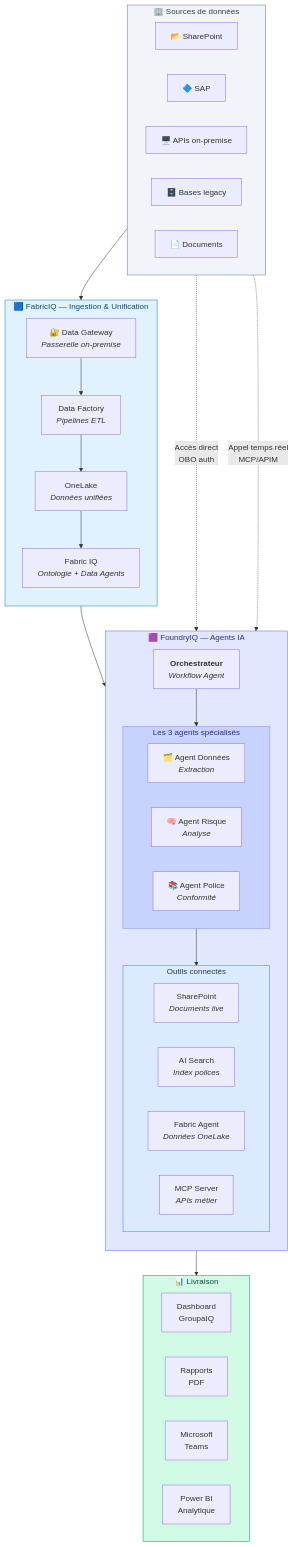
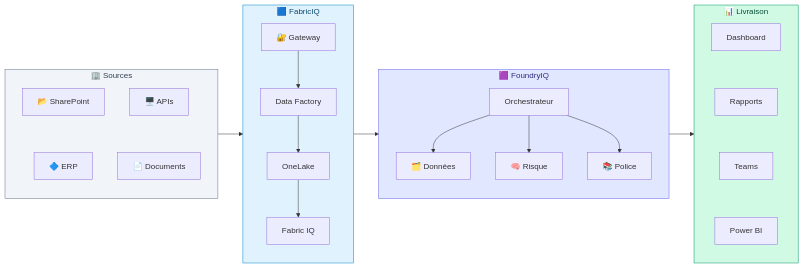
The sixth of 20 diagrams in docs/ARCHITECTURE-AGENTIC-V2-TARGET.md (olivMertens/WorkbenchIQ), drawn with Mermaid before and after one commit. The commit also changed other lines of this file and 6 other files, not shown here.

First line of the commit message:
Architecture docs: hybrid strategy, HITL, FAQ data locality, pipeline detail, PDF generator

````diff
--- a/docs/ARCHITECTURE-AGENTIC-V2-TARGET.md
+++ b/docs/ARCHITECTURE-AGENTIC-V2-TARGET.md
@@ -349,68 +265,21 @@
 ```mermaid
-flowchart TD
-    subgraph SOURCES["🏢 Sources de données"]
-        direction LR
-        S1["📂 SharePoint"]
-        S2["🔷 SAP"]
-        S3["🖥️ APIs on-premise"]
-        S4["🗄️ Bases legacy"]
-        S5["📄 Documents"]
+flowchart LR
+    subgraph SOURCES["🏢 Sources"]
+        S1["📂 SharePoint"] ~~~ S2["🔷 ERP"]
+        S3["🖥️ APIs"] ~~~ S4["📄 Documents"]
     end
-
-    subgraph INGESTION["🟦 FabricIQ — Ingestion & Unification"]
-        direction TB
-        GW["🔐 Data Gateway<br/><i>Passerelle on-premise</i>"]
-        DF["Data Factory<br/><i>Pipelines ETL</i>"]
-        OL["OneLake<br/><i>Données unifiées</i>"]
-        FIQ["Fabric IQ<br/><i>Ontologie + Data Agents</i>"]
-
-        GW --> DF
-        DF --> OL
-        OL --> FIQ
+    subgraph INGESTION["🟦 FabricIQ"]
+        GW["🔐 Gateway"] --> DF["Data Factory"] --> OL["OneLake"] --> FIQ["Fabric IQ"]
     end
-
-    subgraph AGENTS["🟪 FoundryIQ — Agents IA"]
-        direction TB
-
-        ORCH["<b>Orchestrateur</b><br/><i>Workflow Agent</i>"]
-
-        subgraph AGENTS_3["Les 3 agents spécialisés"]
-            direction LR
-            AD["🗂️ Agent Données<br/><i>Extraction</i>"]
-            AR["🧠 Agent Risque<br/><i>Analyse</i>"]
-            AP["📚 Agent Police<br/><i>Conformité</i>"]
-        end
-
-        subgraph TOOLS["Outils connectés"]
-            direction LR
-            T1["SharePoint<br/><i>Documents live</i>"]
-            T2["AI Search<br/><i>Index polices</i>"]
-            T3["Fabric Agent<br/><i>Données OneLake</i>"]
-            T4["MCP Server<br/><i>APIs métier</i>"]
-        end
-
-        ORCH --> AGENTS_3
-        AGENTS_3 --> TOOLS
+    subgraph AGENTS["🟪 FoundryIQ"]
+        ORCH["Orchestrateur"] --> AD["🗂️ Données"] & AR["🧠 Risque"] & AP["📚 Police"]
     end
-
     subgraph DELIVERY["📊 Livraison"]
-        direction LR
-        DASH["Dashboard<br/>GroupaIQ"]
-        REPORT["Rapports<br/>PDF"]
-        TEAMS["Microsoft<br/>Teams"]
-        PBI["Power BI<br/>Analytique"]
+        DASH["Dashboard"] ~~~ REPORT["Rapports"] ~~~ TEAMS["Teams"] ~~~ PBI["Power BI"]
     end
-
-    SOURCES --> INGESTION
-    INGESTION --> AGENTS
-    S1 -.->|"Accès direct<br/>OBO auth"| T1
-    S3 -.->|"Appel temps réel<br/>MCP/APIM"| T4
-    AGENTS --> DELIVERY
-
+    SOURCES --> INGESTION --> AGENTS --> DELIVERY
     style SOURCES fill:#f1f5f9,stroke:#64748b,color:#334155
     style INGESTION fill:#e0f2fe,stroke:#0284c7,color:#0c4a6e
     style AGENTS fill:#e0e7ff,stroke:#6366f1,color:#312e81
-    style AGENTS_3 fill:#c7d2fe,stroke:#818cf8,color:#312e81
-    style TOOLS fill:#dbeafe,stroke:#3b82f6,color:#1e3a5f
     style DELIVERY fill:#d1fae5,stroke:#059669,color:#064e3b
 ```
````
